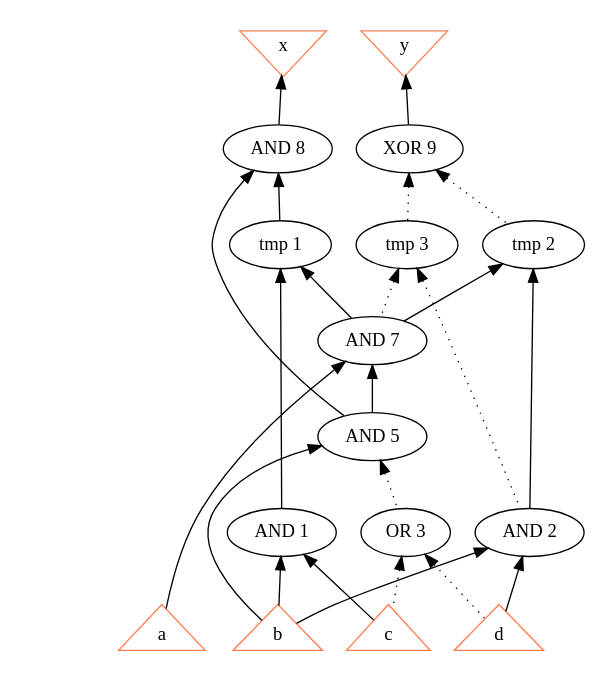
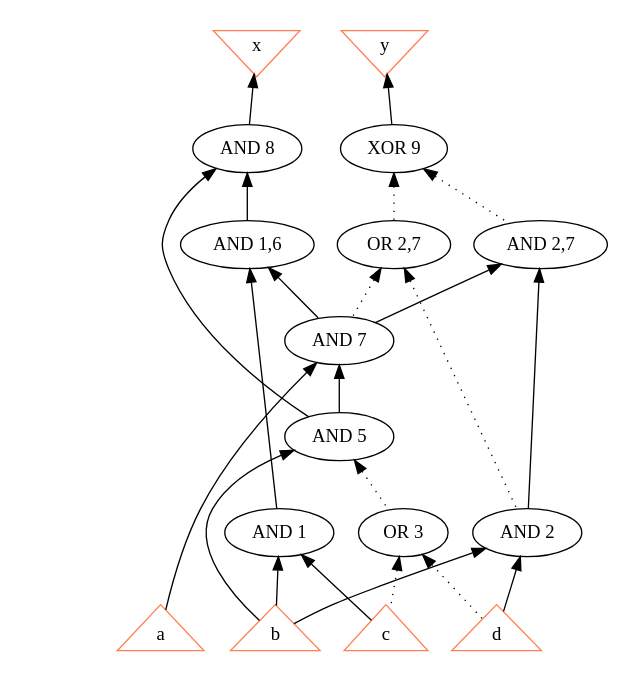
The diagram in projekt1/AIG_optimized.dot (xmihol00/PCS), drawn with Graphviz before and after one commit. The commit also changed 4 other files, not shown here.

```diff
--- a/projekt1/AIG_optimized.dot
+++ b/projekt1/AIG_optimized.dot
@@ -1,96 +1,96 @@
 # Network structure generated by ABC
 
 digraph network {
 size = "7.5,10";
 center = true;
 edge [dir = back];
 
 {
   node [shape = plaintext];
   edge [style = invis];
   Level6 [label = ""];
   Level5 [label = ""];
   Level4 [label = ""];
   Level3 [label = ""];
   Level2 [label = ""];
   Level1 [label = ""];
   Level0 [label = ""];
   Level6 ->  Level5 ->  Level4 ->  Level3 ->  Level2 ->  Level1 ->  Level0;
 }
 
 {
   rank = same;
   Level6;
   Node_x [label = "x", shape = invtriangle, color = coral, fillcolor = coral];
   Node_y [label = "y", shape = invtriangle, color = coral, fillcolor = coral];
   Node_x -> Node_y [style = invis];
 }
 
 {
   rank = same;
   Level5;
   Node_XOR9 [label = "XOR 9\n", shape = ellipse];
   Node_AND8 [label = "AND 8\n", shape = ellipse];
 }
 
 {
   rank = same;
   Level4;
-  Node_tmp1 [label = "tmp 1\n", shape = ellipse];
-  Node_AND9 [label = "tmp 2\n", shape = ellipse];
-  Node_NAND9 [label = "tmp 3\n", shape = ellipse];
+  Node_tmp1 [label = "AND 1,6\n", shape = ellipse];
+  Node_AND9 [label = "AND 2,7\n", shape = ellipse];
+  Node_NAND9 [label = "OR 2,7\n", shape = ellipse];
 }
 
 {
   rank = same;
   Level3;
   Node_AND7 [label = "AND 7\n", shape = ellipse];
 }
 
 {
   rank = same;
   Level2;
   Node_AND5 [label = "AND 5\n", shape = ellipse];
 }
 
 {
   rank = same;
   Level1;
   Node_AND1 [label = "AND 1\n", shape = ellipse];
   Node_AND2 [label = "AND 2\n", shape = ellipse];
   Node_NAND3 [label = "OR 3\n", shape = ellipse];
 }
 
 {
   rank = same;
   Level0;
   Node_a [label = "a", shape = triangle, color = coral, fillcolor = coral];
   Node_b [label = "b", shape = triangle, color = coral, fillcolor = coral];
   Node_c [label = "c", shape = triangle, color = coral, fillcolor = coral];
   Node_d [label = "d", shape = triangle, color = coral, fillcolor = coral];
   Node_a -> Node_b -> Node_c -> Node_d [style = invis];
 }
 
 Node_AND1 -> Node_b [style = solid];
 Node_AND1 -> Node_c [style = solid];
 Node_AND2 -> Node_b [style = solid];
 Node_AND2 -> Node_d [style = solid];
 Node_NAND3 -> Node_c [style = dotted];
 Node_NAND3 -> Node_d [style = dotted];
 Node_AND5 -> Node_b [style = solid];
 Node_AND5 -> Node_NAND3 [style = dotted];
 Node_AND7 -> Node_a [style = solid];
 Node_AND7 -> Node_AND5 [style = solid];
 Node_tmp1 -> Node_AND1 [style = solid];
 Node_tmp1 -> Node_AND7 [style = solid];
 Node_AND8 -> Node_tmp1 [style = solid];
 Node_AND8 -> Node_AND5 [style = solid];
 Node_AND9 -> Node_AND2 [style = solid];
 Node_AND9 -> Node_AND7 [style = solid];
 Node_NAND9 -> Node_AND2 [style = dotted];
 Node_NAND9 -> Node_AND7 [style = dotted];
 Node_XOR9 -> Node_AND9 [style = dotted];
 Node_XOR9 -> Node_NAND9 [style = dotted];
 Node_x -> Node_AND8 [style = solid];
 Node_y -> Node_XOR9 [style = solid];
 }
```
